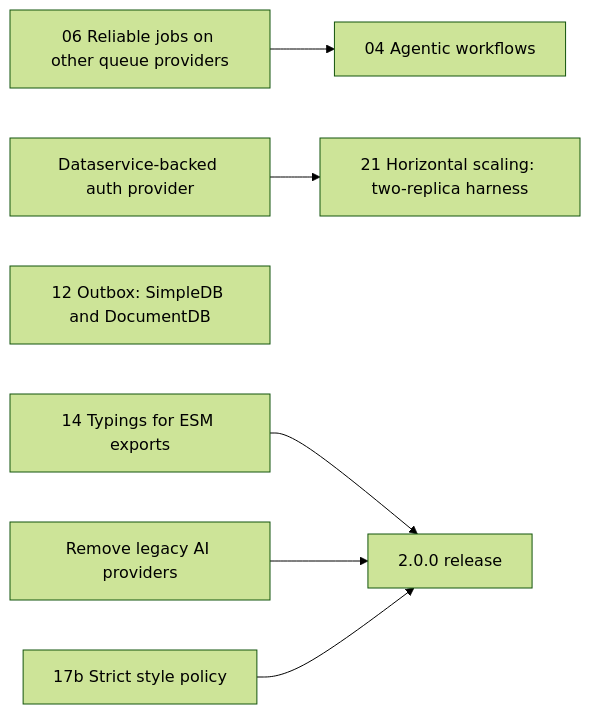
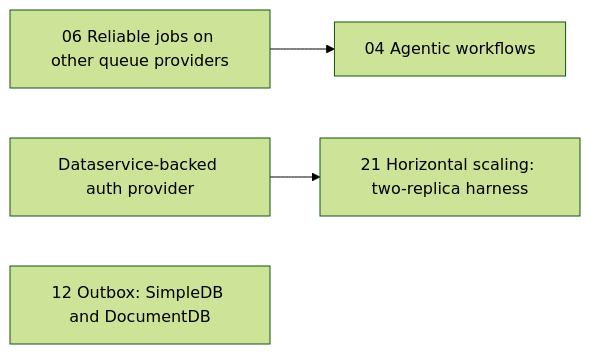
One commit to StephenBooysen/nooblyjs-core changed the diagram in .claude/steering/Roadmap.md. Above: the diagram before and after it, drawn with Mermaid (forest theme). The commit also changed other lines of this file and 11 other files, not shown here.

First line of the commit message:
docs: release 2.0.0 notes, roadmap and migration docs

````diff
--- a/.claude/steering/Roadmap.md
+++ b/.claude/steering/Roadmap.md
@@ -46,9 +29,6 @@
 ```mermaid
 graph LR
   F06[06 Reliable jobs on other queue providers] --> F04[04 Agentic workflows]
   AUTH[Dataservice-backed auth provider] --> F21[21 Horizontal scaling: two-replica harness]
   F12[12 Outbox: SimpleDB and DocumentDB]
-  F14[14 Typings for ESM exports] --> R2[2.0.0 release]
-  LEGACY[Remove legacy AI providers] --> R2
-  CSP[17b Strict style policy] --> R2
 ```
````
